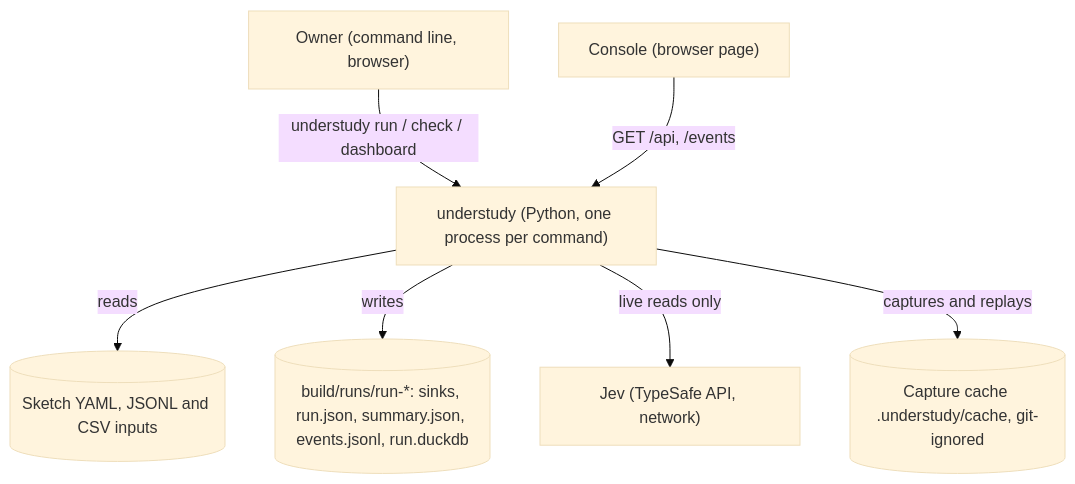
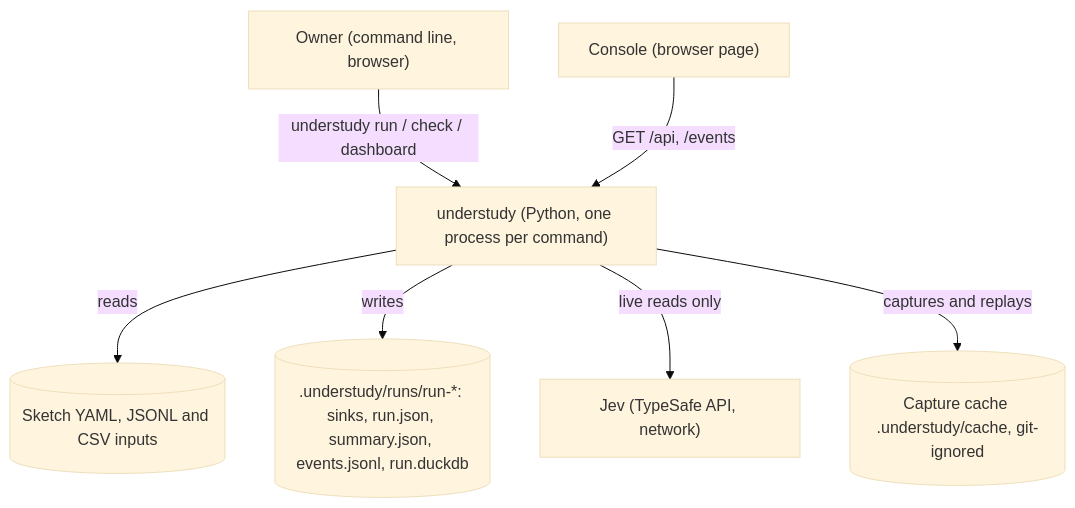
The first of 2 diagrams in docs/ARCH.md (drusifer/understudy), drawn with Mermaid (base theme) before and after one commit. The commit also changed other lines of this file and 12 other files, not shown here.

Commit message:
Runs live in .understudy/runs by default, outside build/ so make clean cannot delete them (owner)

````diff
--- a/docs/ARCH.md
+++ b/docs/ARCH.md
@@ -20,9 +20,9 @@
 ```mermaid
 graph TD
     Owner["Owner (command line, browser)"] -->|"understudy run / check / dashboard"| App["understudy (Python, one process per command)"]
     App -->|"reads"| Files[("Sketch YAML, JSONL and CSV inputs")]
-    App -->|"writes"| Runs[("build/runs/run-*: sinks, run.json, summary.json, events.jsonl, run.duckdb")]
+    App -->|"writes"| Runs[(".understudy/runs/run-*: sinks, run.json, summary.json, events.jsonl, run.duckdb")]
     App -->|"live reads only"| Jev["Jev (TypeSafe API, network)"]
     App -->|"captures and replays"| Cache[("Capture cache .understudy/cache, git-ignored")]
     Console["Console (browser page)"] -->|"GET /api, /events"| App
 ```
````
